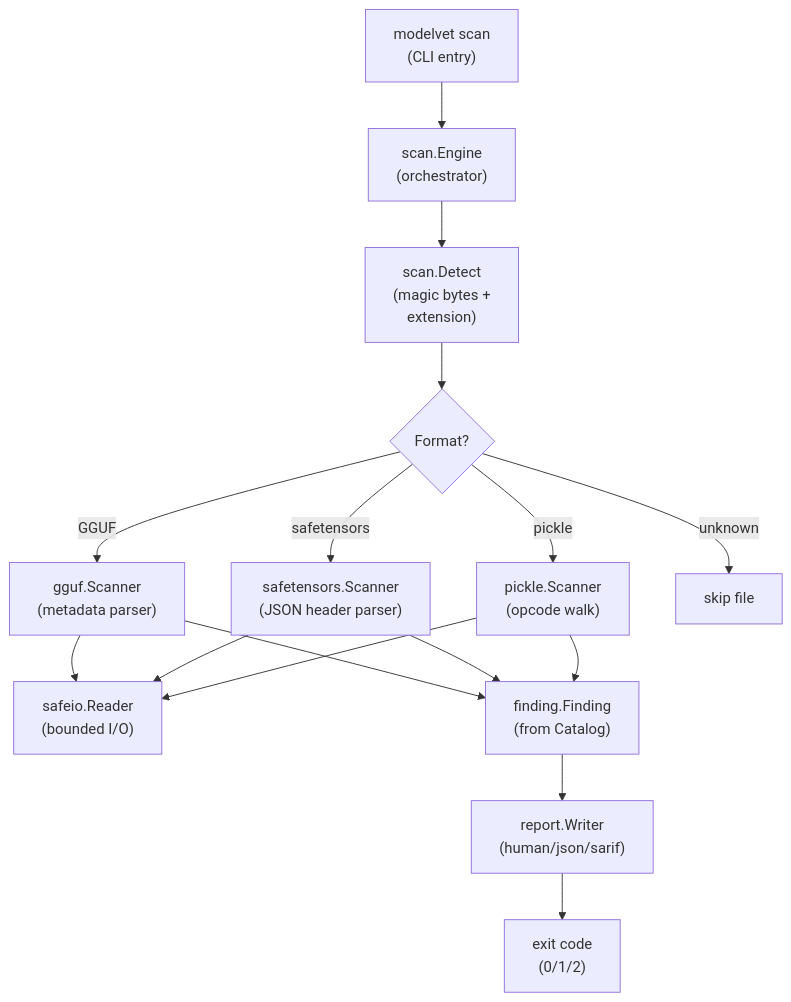
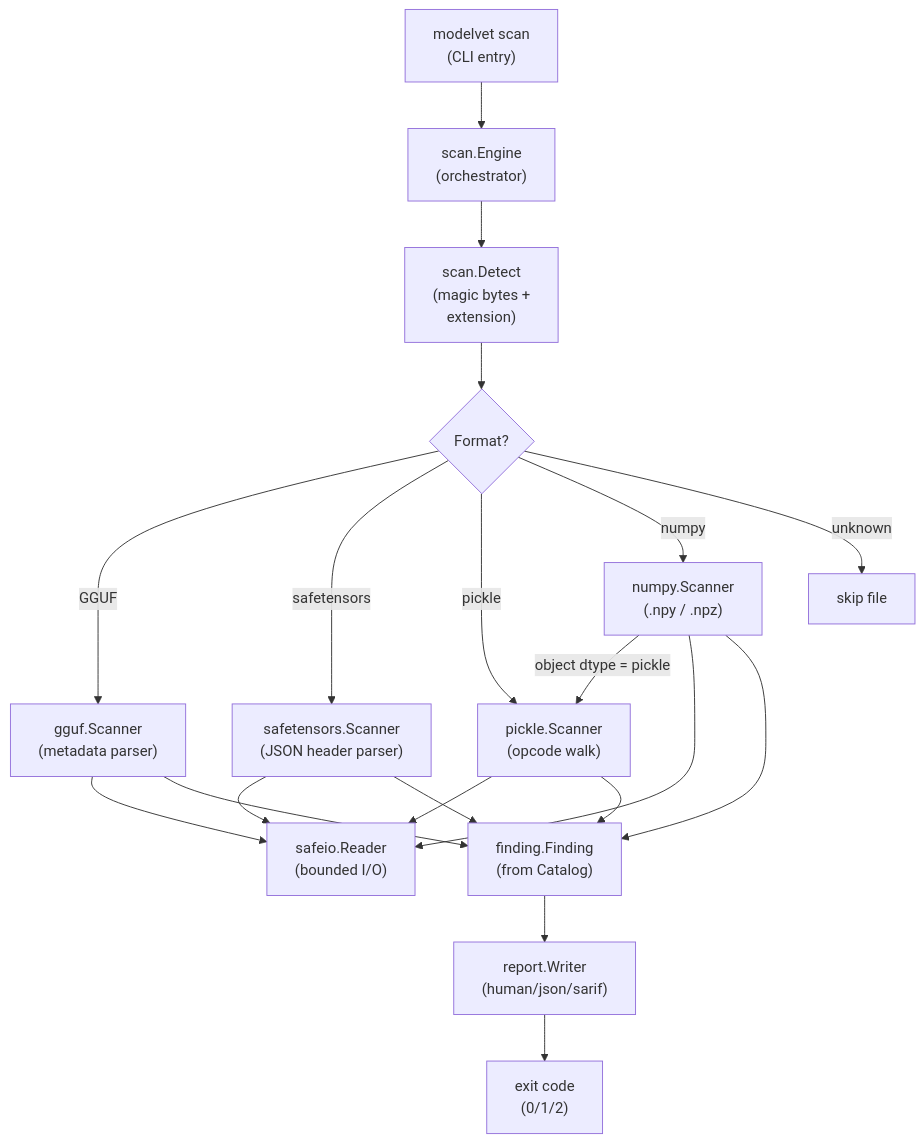
The first of 2 diagrams in README.md (t3bik/modelvet), drawn with Mermaid before and after one commit. The commit also changed other lines of this file and 10 other files, not shown here.

First line of the commit message:
feat(numpy): scan .npy/.npz for embedded-pickle RCE

````diff
--- a/README.md
+++ b/README.md
@@ -143,21 +143,25 @@
 ```mermaid
 graph TB
     CLI["modelvet scan\n(CLI entry)"] --> Engine["scan.Engine\n(orchestrator)"]
     Engine --> Detect["scan.Detect\n(magic bytes +\nextension)"]
     Detect --> Choice{Format?}
     Choice -->|GGUF| GGUF["gguf.Scanner\n(metadata parser)"]
     Choice -->|safetensors| ST["safetensors.Scanner\n(JSON header parser)"]
     Choice -->|pickle| PKL["pickle.Scanner\n(opcode walk)"]
+    Choice -->|numpy| NPY["numpy.Scanner\n(.npy / .npz)"]
     Choice -->|unknown| Skip["skip file"]
+    NPY -->|object dtype = pickle| PKL
     
     GGUF --> SafeIO["safeio.Reader\n(bounded I/O)"]
     ST --> SafeIO
     PKL --> SafeIO
+    NPY --> SafeIO
     
     GGUF --> Find["finding.Finding\n(from Catalog)"]
     ST --> Find
     PKL --> Find
+    NPY --> Find
     
     Find --> Report["report.Writer\n(human/json/sarif)"]
     Report --> Exit["exit code\n(0/1/2)"]
 ```
````
